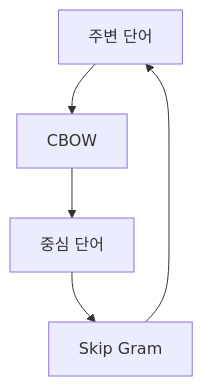
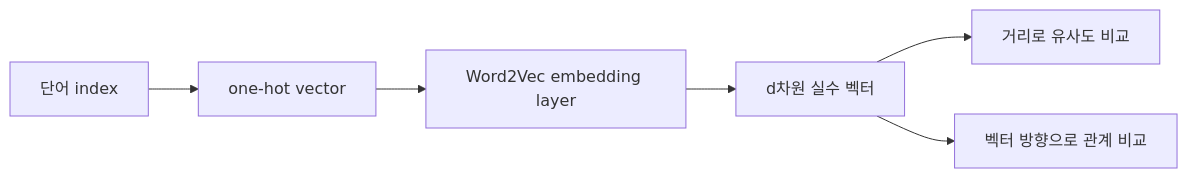
One commit to umyunsang/edu changed the diagram in ComputerScience/03_ai-ml-data/machine-learning/notes/33. Word2Vec와 단어 임베딩.md. Above: the diagram before and after it, drawn with Mermaid. The commit also changed other lines of this file and 3 other files, not shown here.

````diff
--- a/ComputerScience/03_ai-ml-data/machine-learning/notes/33. Word2Vec와 단어 임베딩.md
+++ b/ComputerScience/03_ai-ml-data/machine-learning/notes/33. Word2Vec와 단어 임베딩.md
@@ -122,7 +82,8 @@
 ```mermaid
-flowchart TB
-    A[주변 단어] --> B[CBOW]
-    B --> C[중심 단어]
-    C --> D[Skip Gram]
-    D --> A
+flowchart LR
+  A["단어 index"] --> B["one-hot vector"]
+  B --> C["Word2Vec embedding layer"]
+  C --> D["d차원 실수 벡터"]
+  D --> E["거리로 유사도 비교"]
+  D --> F["벡터 방향으로 관계 비교"]
 ```
````
